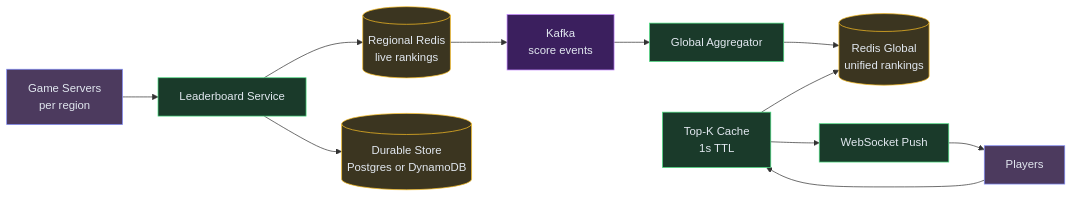
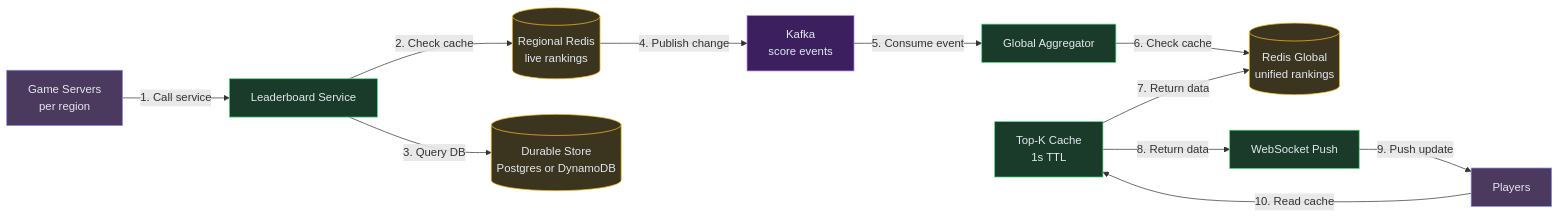
Before and after one commit to iluzn/HLD-Designs: the seventh of 7 diagrams in content/hld/Leaderboard.md, drawn with Mermaid. The commit also changed other lines of this file and 27 other files, not shown here.

````diff
--- a/content/hld/Leaderboard.md
+++ b/content/hld/Leaderboard.md
@@ -405,29 +405,29 @@
 ```mermaid
 flowchart LR
     GAME["Game Servers<br/>per region"]:::client
     API["Leaderboard Service"]:::service
     R1[("Regional Redis<br/>live rankings")]:::data
     DB[("Durable Store<br/>Postgres or DynamoDB")]:::data
     K["Kafka<br/>score events"]:::async
     AGG["Global Aggregator"]:::service
     RG[("Redis Global<br/>unified rankings")]:::data
     CACHE["Top-K Cache<br/>1s TTL"]:::service
     WS["WebSocket Push"]:::service
     USER["Players"]:::client
 
-    GAME --> API
-    API --> R1
-    API --> DB
-    R1 --> K
-    K --> AGG
-    AGG --> RG
-    CACHE --> RG
-    CACHE --> WS
-    WS --> USER
-    USER --> CACHE
+    GAME -->|"1. Call service"| API
+    API -->|"2. Check cache"| R1
+    API -->|"3. Query DB"| DB
+    R1 -->|"4. Publish change"| K
+    K -->|"5. Consume event"| AGG
+    AGG -->|"6. Check cache"| RG
+    CACHE -->|"7. Return data"| RG
+    CACHE -->|"8. Return data"| WS
+    WS -->|"9. Push update"| USER
+    USER -->|"10. Read cache"| CACHE
 
     classDef client fill:#4c3a5e,stroke:#818cf8,color:#e2e8f0
     classDef service fill:#1a3a2a,stroke:#4ade80,color:#e2e8f0
     classDef data fill:#3b3520,stroke:#fbbf24,color:#e2e8f0
     classDef async fill:#3b1f5e,stroke:#c084fc,color:#e2e8f0
 ```
````
